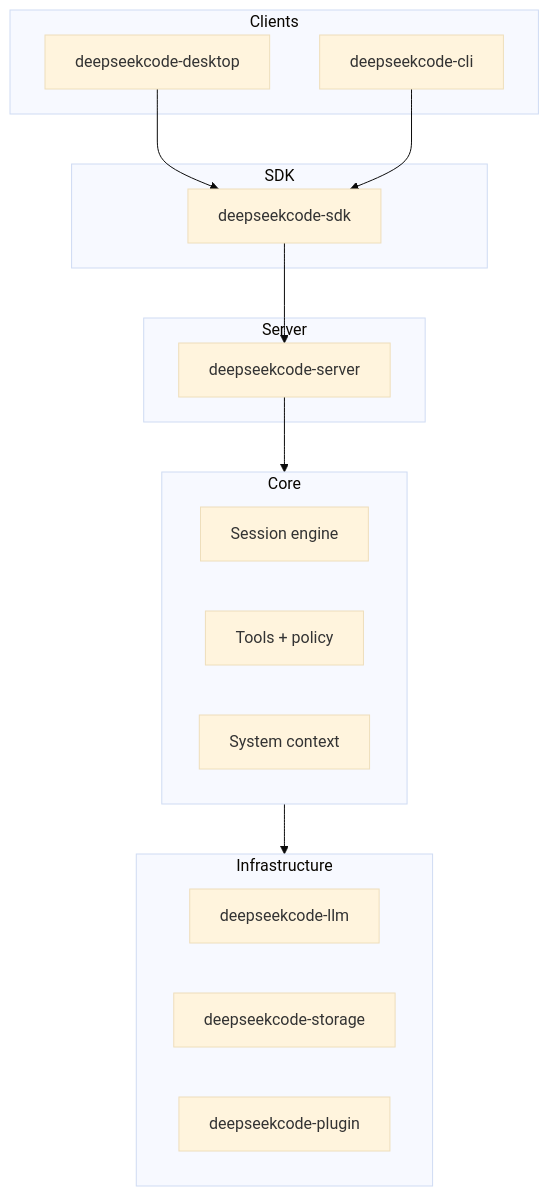
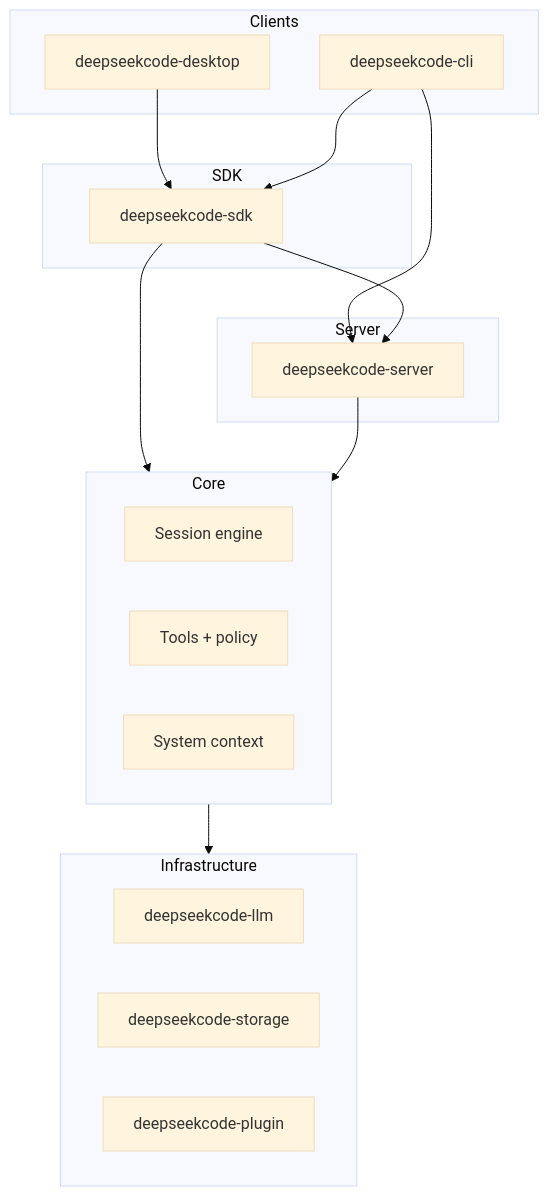
Before and after one commit to xtc002007/DeepSeekCode: the diagram in docs/architecture.md, drawn with Mermaid (base theme). The commit also changed other lines of this file and 142 other files, not shown here.

````diff
--- a/docs/architecture.md
+++ b/docs/architecture.md
@@ -12,33 +12,35 @@
 ```mermaid
 flowchart TB
   subgraph clients [Clients]
     Desktop[deepseekcode-desktop]
     CLI[deepseekcode-cli]
   end
 
   subgraph sdk [SDK]
     Sdk[deepseekcode-sdk]
   end
 
   subgraph server [Server]
     Axum[deepseekcode-server]
   end
 
   subgraph core [Core]
     Session[Session engine]
     Tools[Tools + policy]
     Ctx[System context]
   end
 
   subgraph infra [Infrastructure]
     LLM[deepseekcode-llm]
     DB[deepseekcode-storage]
     Plugin[deepseekcode-plugin]
   end
 
   Desktop --> Sdk
   CLI --> Sdk
+  CLI --> Axum
+  Sdk --> core
   Sdk --> Axum
   Axum --> core
   core --> infra
 ```
````
